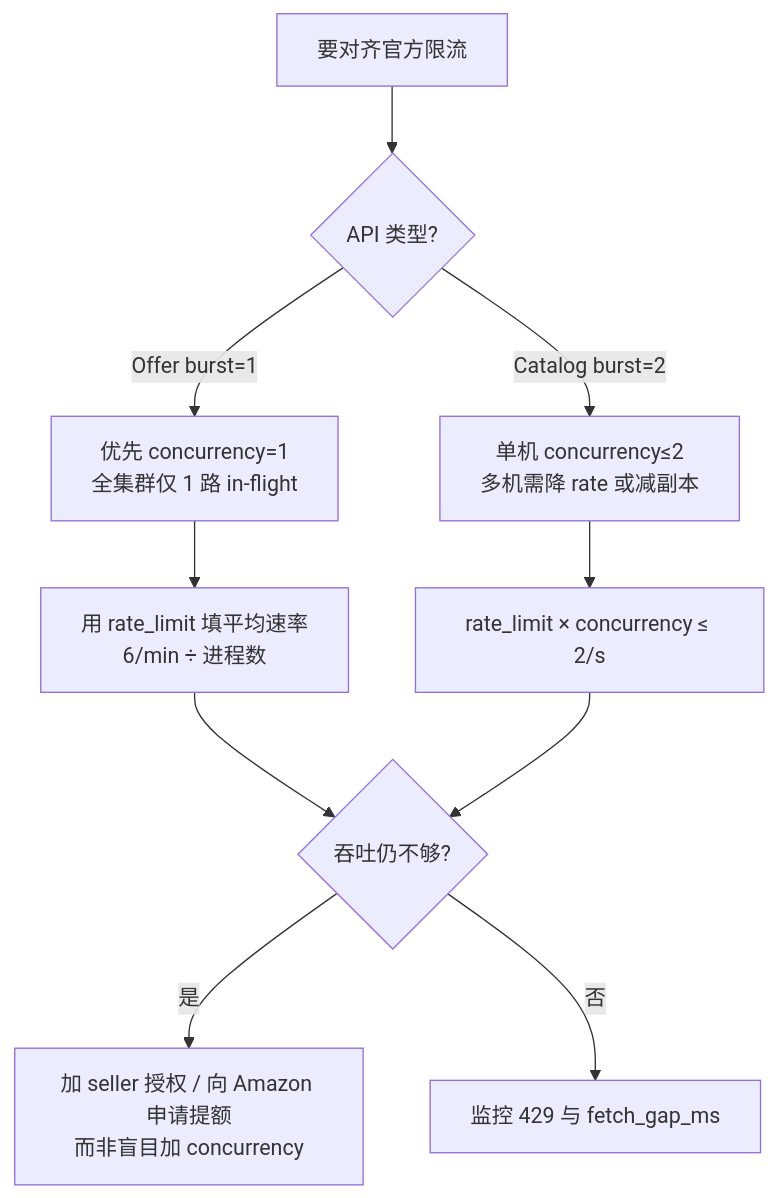
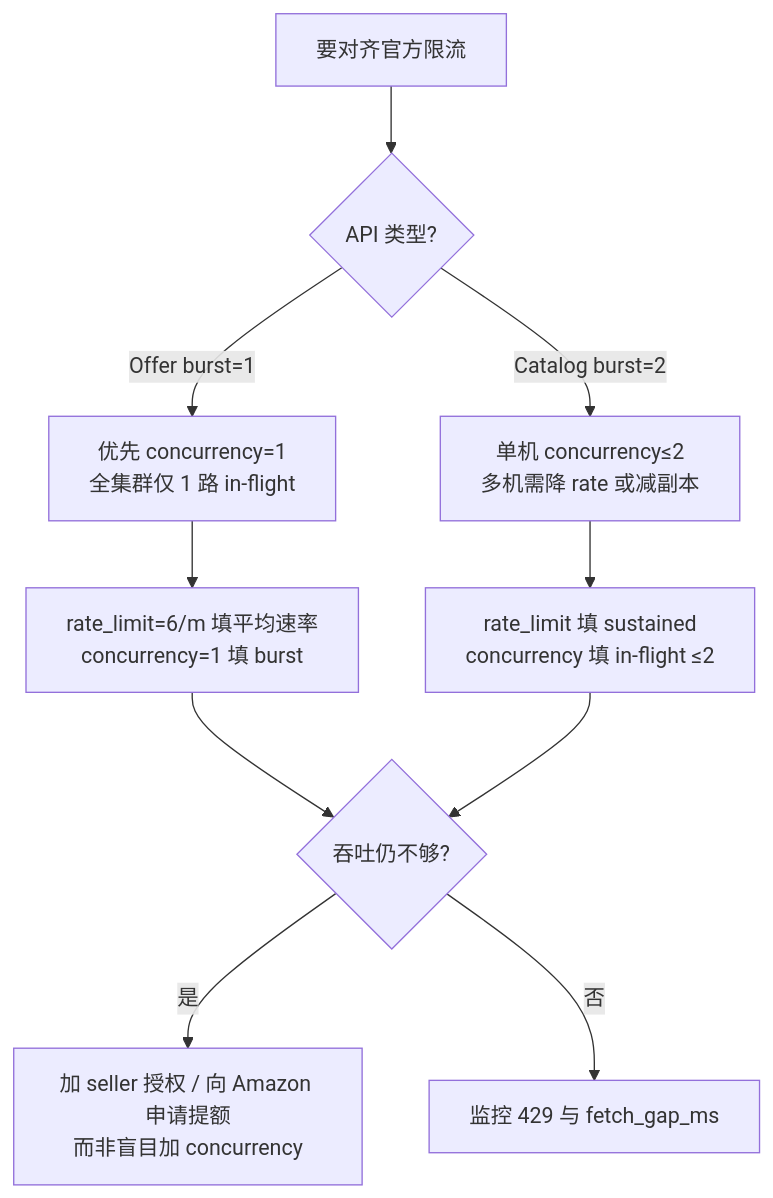
One commit to AriseshineSky/em-spapi-celery changed the fifth of 5 diagrams in docs/SPAPI_RATE_LIMITING.md. Above: the diagram before and after it, drawn with Mermaid. The commit also changed other lines of this file and 1 other file, not shown here.

First line of the commit message:
Document Celery TokenBucket vs SP-API token bucket rate limiting.

````diff
--- a/docs/SPAPI_RATE_LIMITING.md
+++ b/docs/SPAPI_RATE_LIMITING.md
@@ -451,12 +577,12 @@
 ```mermaid
 flowchart TD
   Q[要对齐官方限流] --> O{API 类型?}
   O -->|Offer burst=1| O1["优先 concurrency=1<br/>全集群仅 1 路 in-flight"]
   O -->|Catalog burst=2| C1["单机 concurrency≤2<br/>多机需降 rate 或减副本"]
-  O1 --> O2["用 rate_limit 填平均速率<br/>6/min ÷ 进程数"]
-  C1 --> C2["rate_limit × concurrency ≤ 2/s"]
+  O1 --> O2["rate_limit=6/m 填平均速率<br/>concurrency=1 填 burst"]
+  C1 --> C2["rate_limit 填 sustained<br/>concurrency 填 in-flight ≤2"]
   O2 --> T{吞吐仍不够?}
   C2 --> T
   T -->|是| T1["加 seller 授权 / 向 Amazon 申请提额<br/>而非盲目加 concurrency"]
   T -->|否| OK[监控 429 与 fetch_gap_ms]
 ```
````
